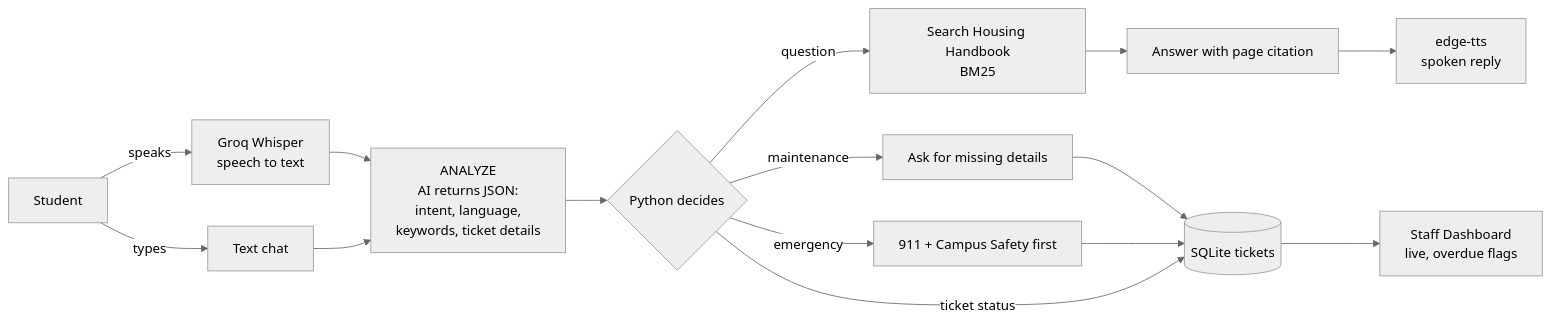
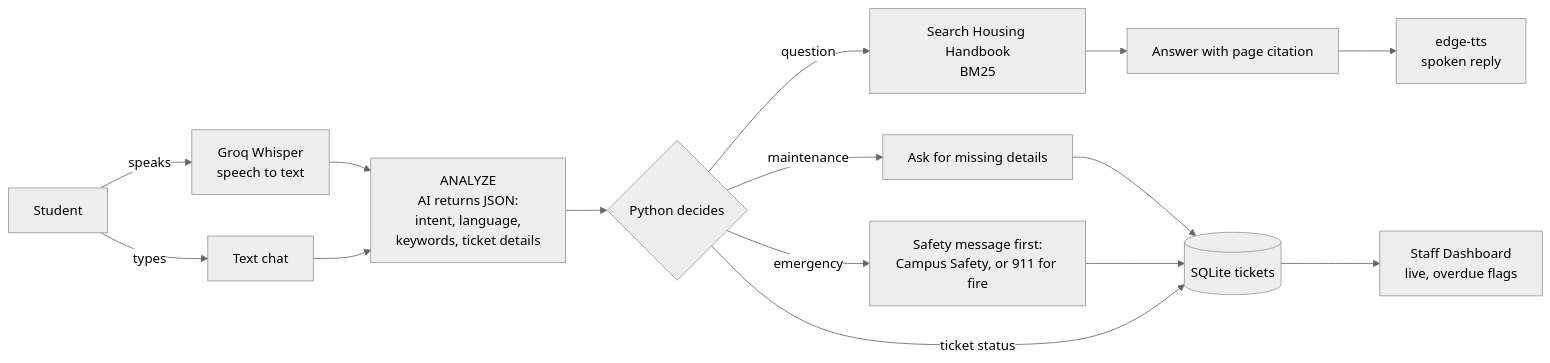
The diagram in README.md (SenseiX619/avila-housing-assistant), drawn with Mermaid (neutral theme) before and after one commit. The commit also changed other lines of this file and 3 other files, not shown here.

First line of the commit message:
Emergencies: Campus Safety first, 911 for real fires; no false alarms

````diff
--- a/README.md
+++ b/README.md
@@ -20,14 +21,14 @@
 ```mermaid
 flowchart LR
     S[Student] -->|types| T[Text chat]
     S -->|speaks| W[Groq Whisper<br/>speech to text]
     W --> A
     T --> A[ANALYZE<br/>AI returns JSON:<br/>intent, language,<br/>keywords, ticket details]
     A --> D{Python decides}
     D -->|question| K[Search Housing Handbook<br/>BM25] --> Ans[Answer with page citation]
     D -->|maintenance| M[Ask for missing details] --> DB[(SQLite tickets)]
-    D -->|emergency| E[911 + Campus Safety first] --> DB
+    D -->|emergency| E[Safety message first:<br/>Campus Safety, or 911 for fire] --> DB
     D -->|ticket status| DB
     DB --> Dash[Staff Dashboard<br/>live, overdue flags]
     Ans --> V[edge-tts<br/>spoken reply]
 ```
````
